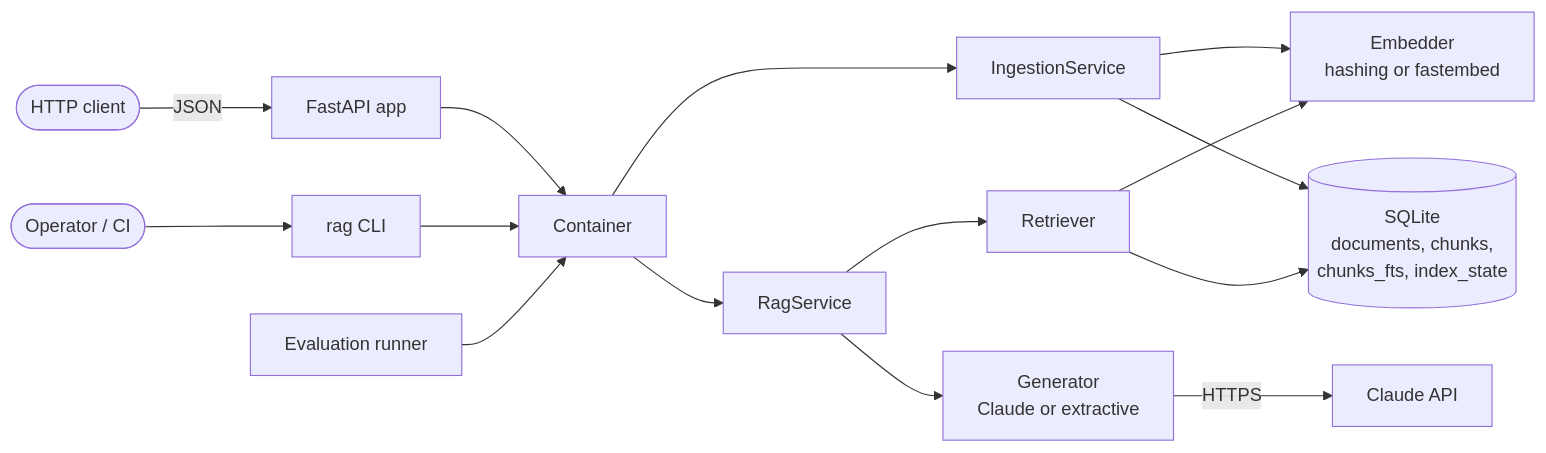
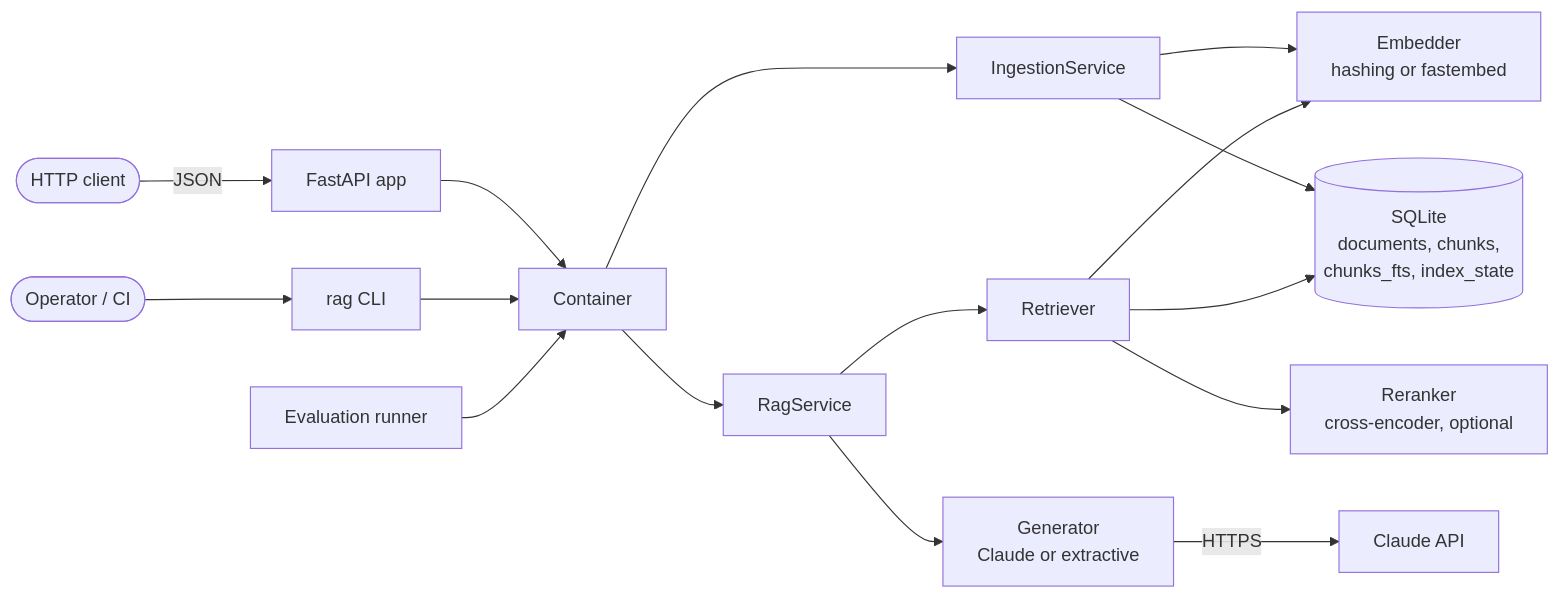
Before and after one commit to saicharan-nidiganti/production-rag: the first of 4 diagrams in docs/architecture.md, drawn with Mermaid. The commit also changed other lines of this file and 9 other files, not shown here.

````diff
--- a/docs/architecture.md
+++ b/docs/architecture.md
@@ -23,17 +23,18 @@
 ```mermaid
 flowchart LR
     client([HTTP client]) -->|JSON| api[FastAPI app]
     operator([Operator / CI]) --> cli[rag CLI]
     api --> container[Container]
     cli --> container
     container --> ingestion[IngestionService]
     container --> rag[RagService]
     rag --> retriever[Retriever]
     rag --> generator[Generator<br/>Claude or extractive]
     ingestion --> embedder[Embedder<br/>hashing or fastembed]
     retriever --> embedder
+    retriever --> reranker[Reranker<br/>cross-encoder, optional]
     ingestion --> db[(SQLite<br/>documents, chunks,<br/>chunks_fts, index_state)]
     retriever --> db
     generator -->|HTTPS| claude[Claude API]
     evalrunner[Evaluation runner] --> container
 ```
````
